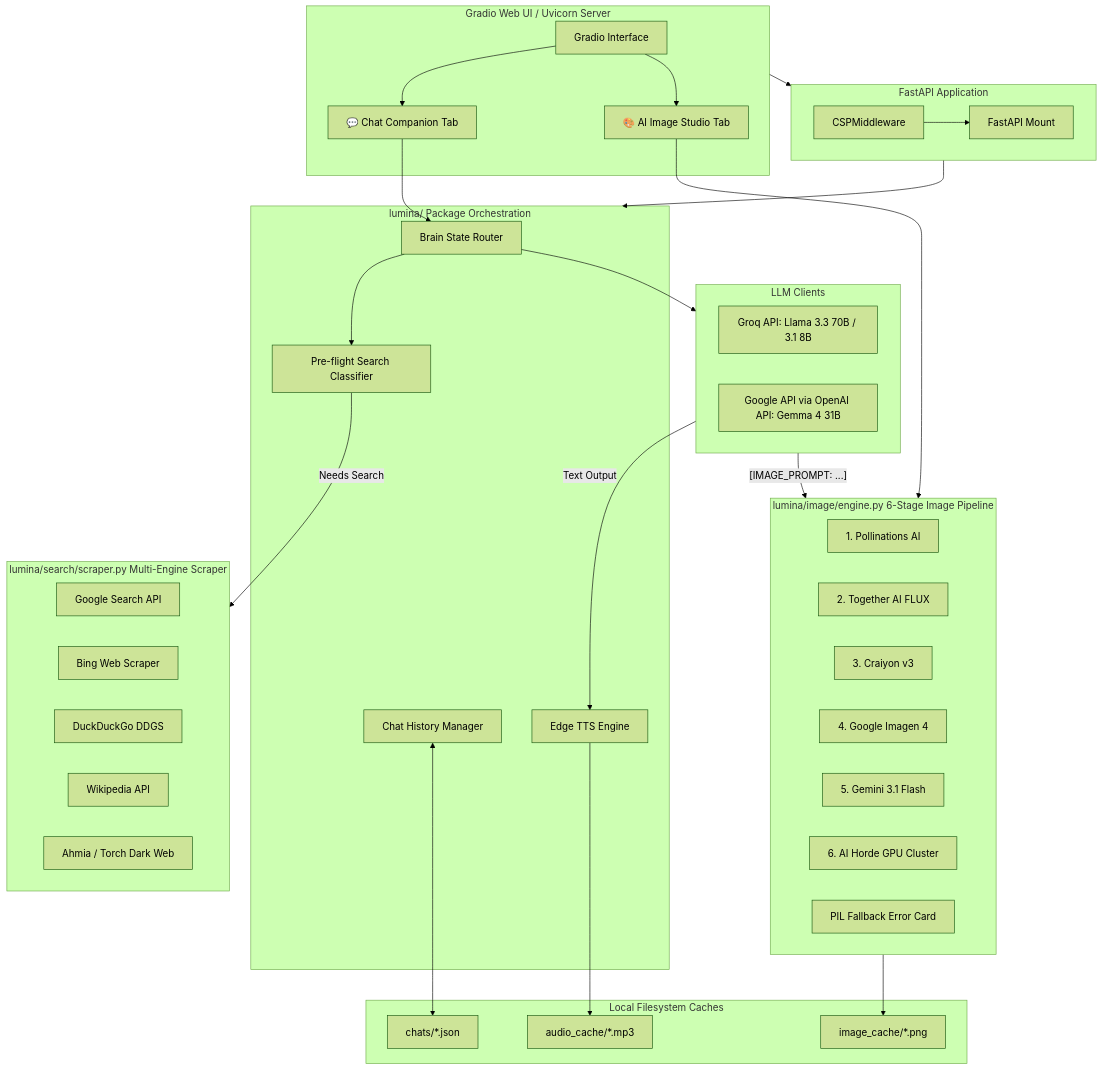
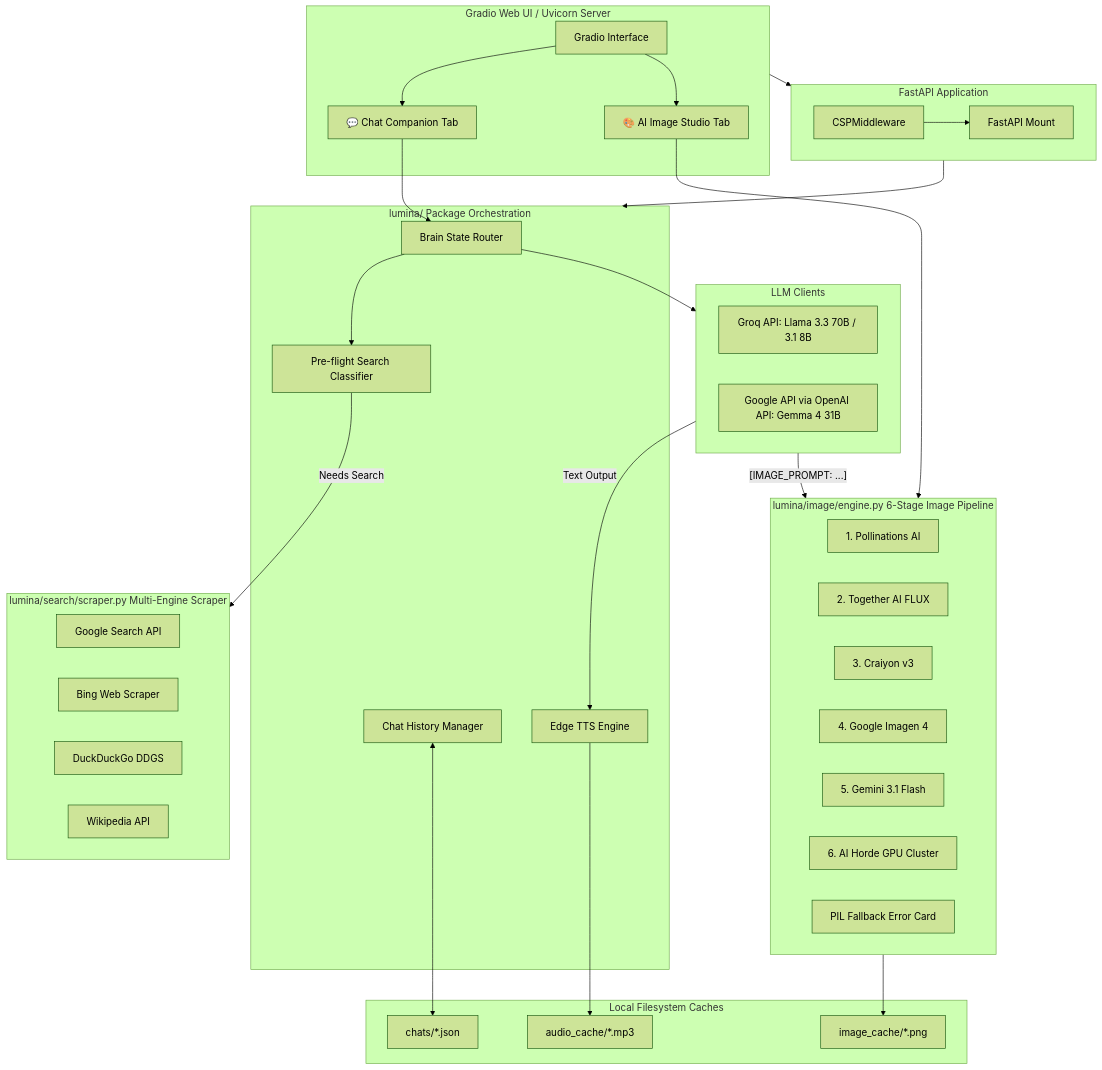
One commit to Mhghazy/Lumina-AI changed the third of 7 diagrams in docs/architecture.md. Above: the diagram before and after it, drawn with Mermaid (forest theme). The commit also changed other lines of this file and 6 other files, not shown here.

Commit message:
docs: remove dark web references and formalize documentation

````diff
--- a/docs/architecture.md
+++ b/docs/architecture.md
@@ -168,65 +167,64 @@
 ```mermaid
 flowchart TD
     subgraph Frontend [Gradio Web UI / Uvicorn Server]
         UI[Gradio Interface]
         ChatTab[💬 Chat Companion Tab]
         StudioTab[🎨 AI Image Studio Tab]
         UI --> ChatTab
         UI --> StudioTab
     end
 
     subgraph Middleware [FastAPI Application]
         CSP[CSPMiddleware]
         FastAPI[FastAPI Mount]
         CSP --> FastAPI
     end
 
     subgraph CoreBackend [lumina/ Package Orchestration]
         Router[Brain State Router]
         Preflight[Pre-flight Search Classifier]
         History[Chat History Manager]
         TTS[Edge TTS Engine]
     end
 
     subgraph ExternalLLMs [LLM Clients]
         Groq[Groq API: Llama 3.3 70B / 3.1 8B]
         Gemma[Google API via OpenAI API: Gemma 4 31B]
     end
 
     subgraph ScraperSubsystem [lumina/search/scraper.py Multi-Engine Scraper]
         Google[Google Search API]
         Bing[Bing Web Scraper]
         DDG[DuckDuckGo DDGS]
         Wiki[Wikipedia API]
-        Ahmia[Ahmia / Torch Dark Web]
     end
 
     subgraph ImageSubsystem [lumina/image/engine.py 6-Stage Image Pipeline]
         Img1[1. Pollinations AI]
         Img2[2. Together AI FLUX]
         Img3[3. Craiyon v3]
         Img4[4. Google Imagen 4]
         Img5[5. Gemini 3.1 Flash]
         Img6[6. AI Horde GPU Cluster]
         PIL[PIL Fallback Error Card]
     end
 
     subgraph Storage [Local Filesystem Caches]
         ChatStore[chats/*.json]
         AudioStore[audio_cache/*.mp3]
         ImageStore[image_cache/*.png]
     end
 
     Frontend --> Middleware
     Middleware --> CoreBackend
     ChatTab --> Router
     StudioTab --> ImageSubsystem
     Router --> Preflight
     Preflight -- Needs Search --> ScraperSubsystem
     Router --> ExternalLLMs
     ExternalLLMs -- [IMAGE_PROMPT: ...] --> ImageSubsystem
     ExternalLLMs -- Text Output --> TTS
     History <--> ChatStore
     TTS --> AudioStore
     ImageSubsystem --> ImageStore
 ```
````
